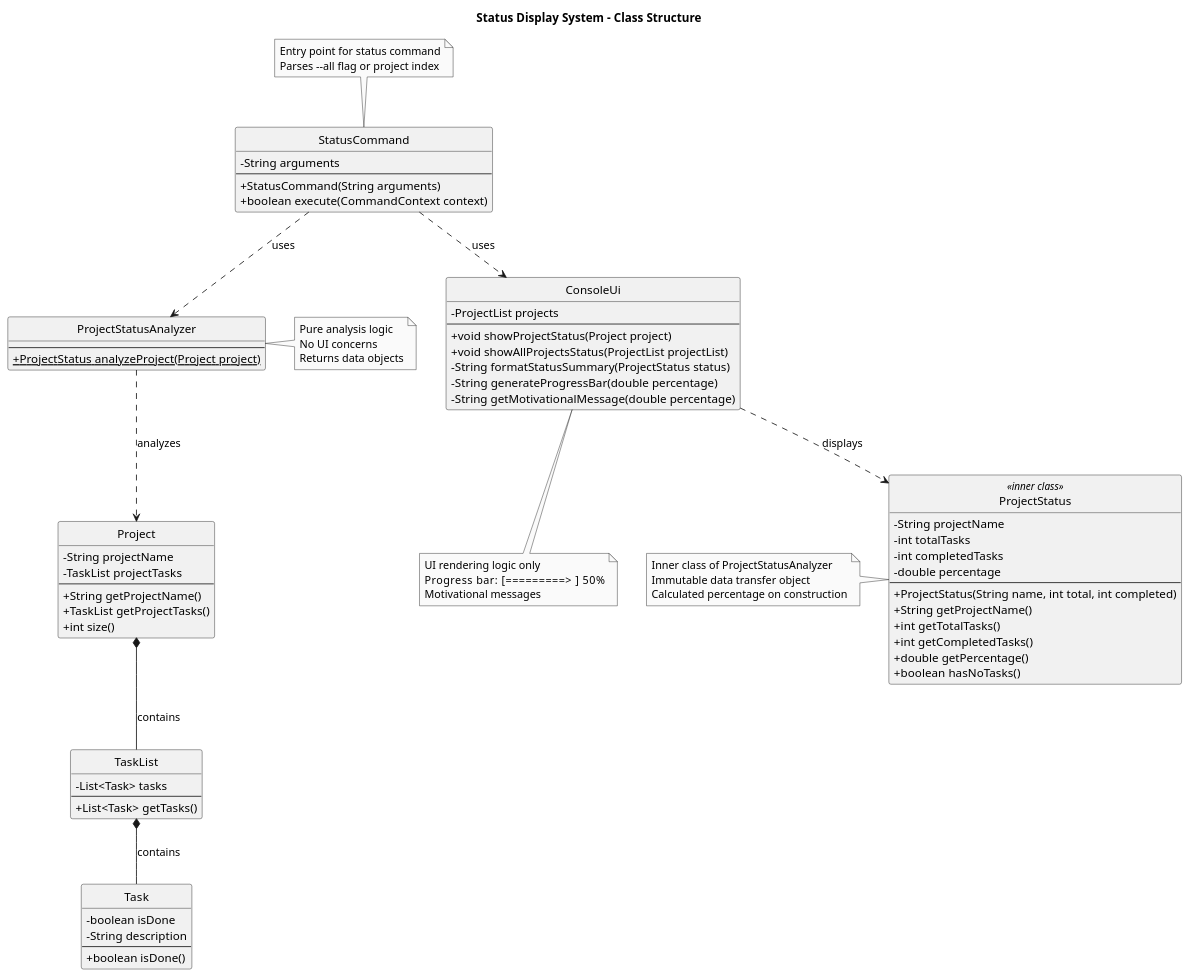
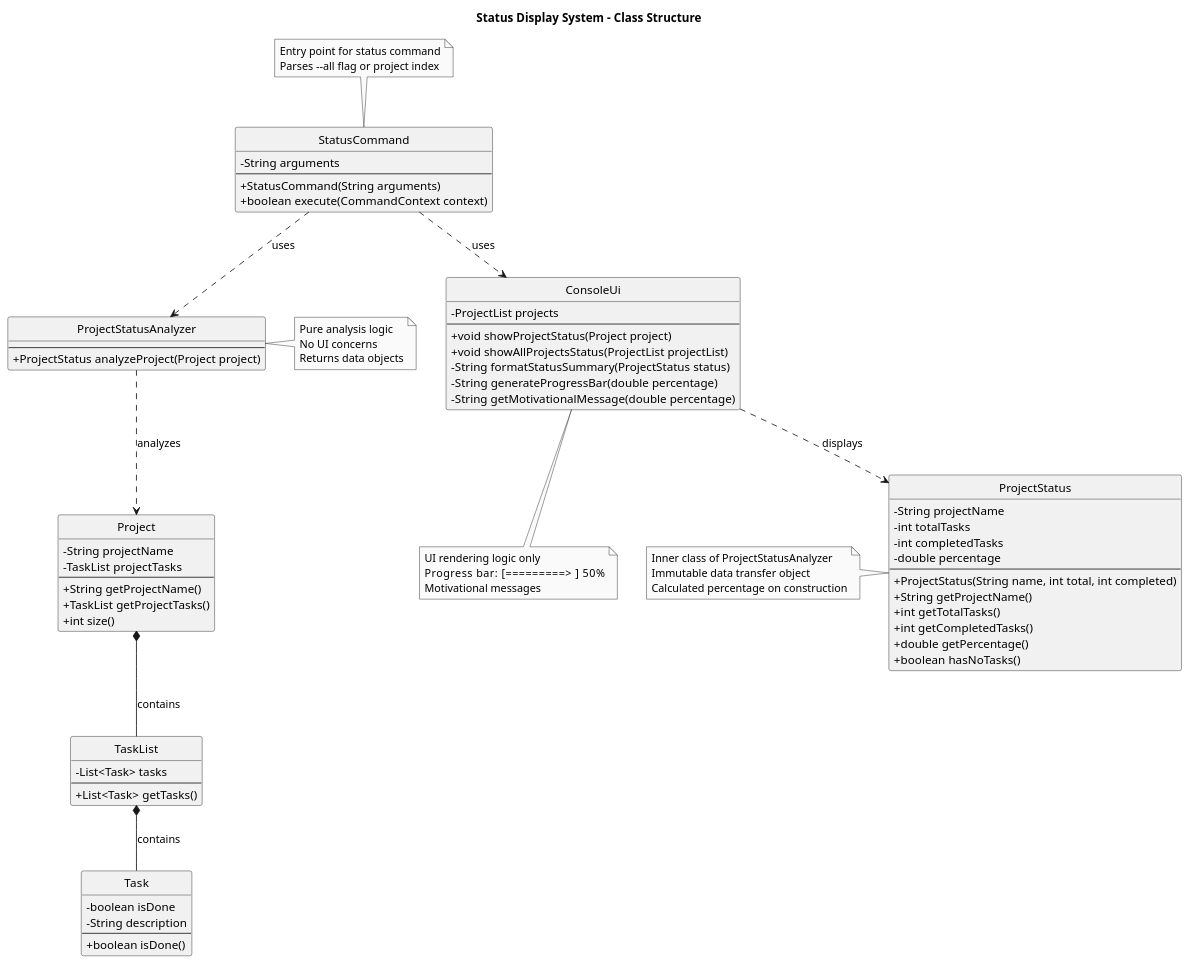
One commit to sean6369/tp changed the diagram in docs/plantUML/status-display-system/status-display-class-diagram.puml. Above: the diagram before and after it, drawn with PlantUML. The commit also changed 1 other file, not shown here.

Commit message:
Remove non-standard UML notation from status display class diagram

```diff
--- a/docs/plantUML/status-display-system/status-display-class-diagram.puml
+++ b/docs/plantUML/status-display-system/status-display-class-diagram.puml
@@ -1,98 +1,98 @@
 @startuml Status Display System Class Diagram
 title Status Display System - Class Structure
 
 skinparam classAttributeIconSize 0
 skinparam shadowing false
 skinparam monochrome true
 hide circle
 
 class StatusCommand {
   - String arguments
   --
   + StatusCommand(String arguments)
   + boolean execute(CommandContext context)
 }
 
 class ProjectStatusAnalyzer {
   --
-  {static} + ProjectStatus analyzeProject(Project project)
+  + ProjectStatus analyzeProject(Project project)
 }
 
-class ProjectStatus <<inner class>> {
+class ProjectStatus {
   - String projectName
   - int totalTasks
   - int completedTasks
   - double percentage
   --
   + ProjectStatus(String name, int total, int completed)
   + String getProjectName()
   + int getTotalTasks()
   + int getCompletedTasks()
   + double getPercentage()
   + boolean hasNoTasks()
 }
 
 class ConsoleUi {
   - ProjectList projects
   --
   + void showProjectStatus(Project project)
   + void showAllProjectsStatus(ProjectList projectList)
   - String formatStatusSummary(ProjectStatus status)
   - String generateProgressBar(double percentage)
   - String getMotivationalMessage(double percentage)
 }
 
 class Project {
   - String projectName
   - TaskList projectTasks
   --
   + String getProjectName()
   + TaskList getProjectTasks()
   + int size()
 }
 
 class Task {
   - boolean isDone
   - String description
   --
   + boolean isDone()
 }
 
 class TaskList {
   - List<Task> tasks
   --
   + List<Task> getTasks()
 }
 
 ' Relationships
 StatusCommand ..> ProjectStatusAnalyzer : uses
 StatusCommand ..> ConsoleUi : uses
 ProjectStatusAnalyzer ..> Project : analyzes
 ConsoleUi ..> ProjectStatus : displays
 Project *-- TaskList : contains
 TaskList *-- Task : contains
 
 note top of StatusCommand
   Entry point for status command
   Parses --all flag or project index
 end note
 
 note right of ProjectStatusAnalyzer
   Pure analysis logic
   No UI concerns
   Returns data objects
 end note
 
 note bottom of ConsoleUi
   UI rendering logic only
   Progress bar: [=========>      ] 50%
   Motivational messages
 end note
 
 note left of ProjectStatus
   Inner class of ProjectStatusAnalyzer
   Immutable data transfer object
   Calculated percentage on construction
 end note
 
 @enduml
```
